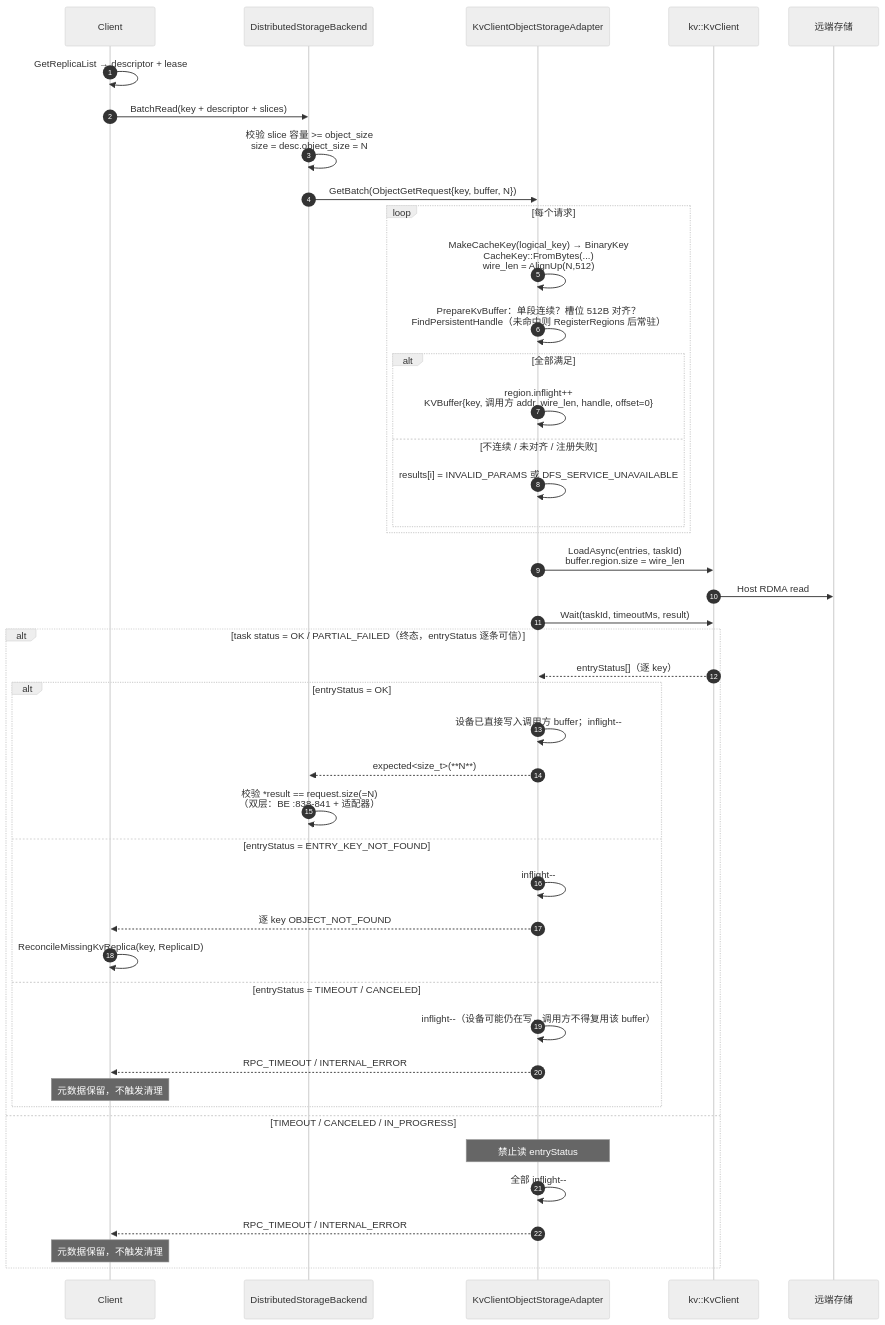
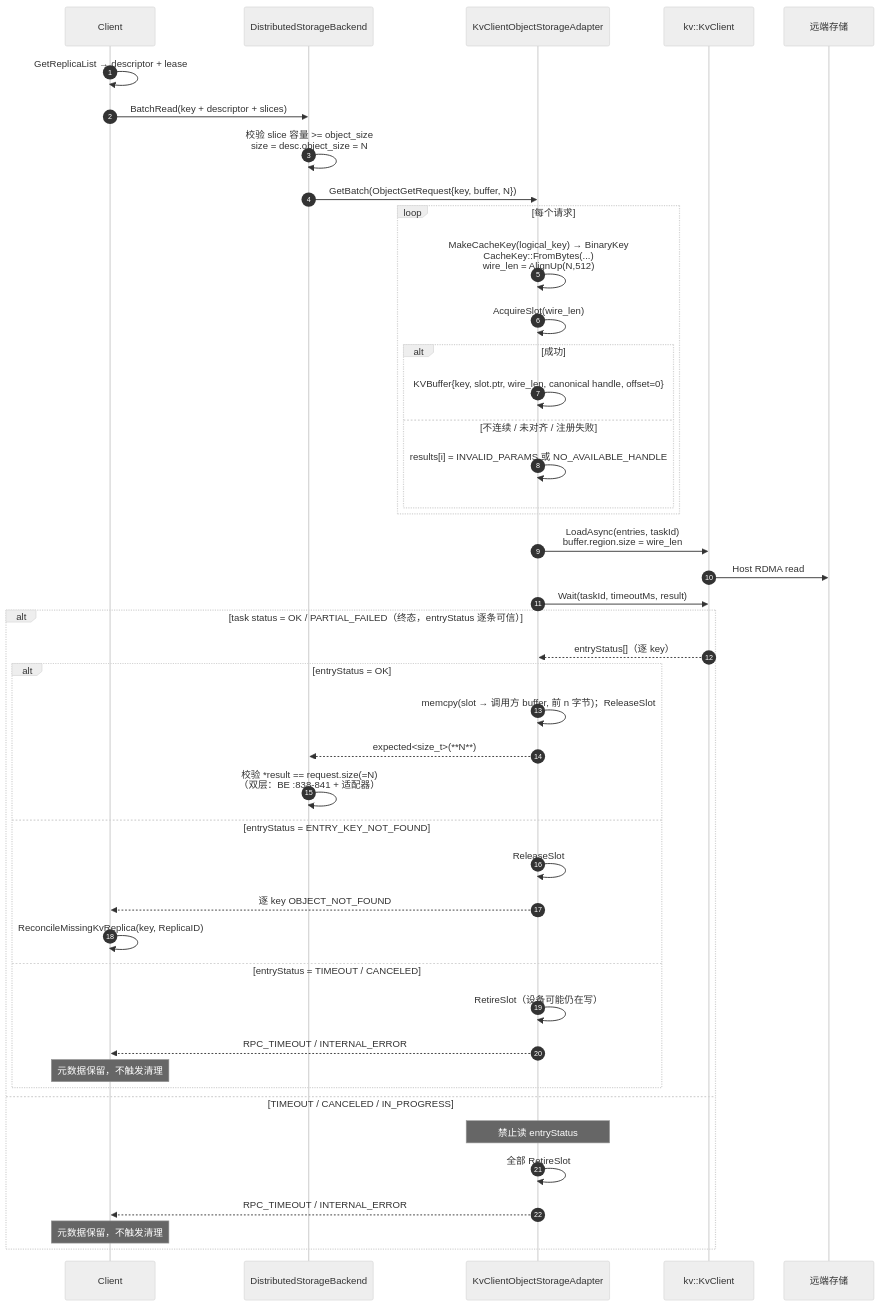
The tenth of 13 diagrams in Mooncake + KVClient L3 接入（Kvcs）- v3.md (zwj20000328-dotcom/Mooncake-documents), drawn with Mermaid (neutral theme) before and after one commit. The commit also changed other lines of this file, not shown here.

````diff
--- a/Mooncake + KVClient L3 接入（Kvcs）- v3.md
+++ b/Mooncake + KVClient L3 接入（Kvcs）- v3.md
@@ -634,47 +635,47 @@
 ```mermaid
 sequenceDiagram
     autonumber
     participant C as Client
     participant BE as DistributedStorageBackend
     participant AD as KvClientObjectStorageAdapter
     participant SDK as kv::KvClient
     participant S as 远端存储
 
     C->>C: GetReplicaList → descriptor + lease
     C->>BE: BatchRead(key + descriptor + slices)
     BE->>BE: 校验 slice 容量 >= object_size<br/>size = desc.object_size = N
     BE->>AD: GetBatch(ObjectGetRequest{key, buffer, N})
     loop 每个请求
         AD->>AD: MakeCacheKey(logical_key) → BinaryKey<br/>CacheKey::FromBytes(...)<br/>wire_len = AlignUp(N,512)
-        AD->>AD: PrepareKvBuffer：单段连续？槽位 512B 对齐？<br/>FindPersistentHandle（未命中则 RegisterRegions 后常驻）
-        alt 全部满足
-            AD->>AD: region.inflight++<br/>KVBuffer{key, 调用方 addr, wire_len, handle, offset=0}
+        AD->>AD: AcquireSlot(wire_len)
+        alt 成功
+            AD->>AD: KVBuffer{key, slot.ptr, wire_len, canonical handle, offset=0}
         else 不连续 / 未对齐 / 注册失败
-            AD->>AD: results[i] = INVALID_PARAMS 或 DFS_SERVICE_UNAVAILABLE
+            AD->>AD: results[i] = INVALID_PARAMS 或 NO_AVAILABLE_HANDLE
         end
     end
     AD->>SDK: LoadAsync(entries, taskId)<br/>buffer.region.size = wire_len
     SDK->>S: Host RDMA read
     AD->>SDK: Wait(taskId, timeoutMs, result)
     alt task status = OK / PARTIAL_FAILED（终态，entryStatus 逐条可信）
         SDK-->>AD: entryStatus[]（逐 key）
         alt entryStatus = OK
-            AD->>AD: 设备已直接写入调用方 buffer；inflight--
+            AD->>AD: memcpy(slot → 调用方 buffer, 前 n 字节)；ReleaseSlot
             AD-->>BE: expected<size_t>(**N**)
             BE->>BE: 校验 *result == request.size(=N)<br/>（双层：BE :838-841 + 适配器）
         else entryStatus = ENTRY_KEY_NOT_FOUND
-            AD->>AD: inflight--
+            AD->>AD: ReleaseSlot
             AD-->>C: 逐 key OBJECT_NOT_FOUND
             C->>C: ReconcileMissingKvReplica(key, ReplicaID)
         else entryStatus = TIMEOUT / CANCELED
-            AD->>AD: inflight--（设备可能仍在写，调用方不得复用该 buffer）
+            AD->>AD: RetireSlot（设备可能仍在写）
             AD-->>C: RPC_TIMEOUT / INTERNAL_ERROR
             Note over C: 元数据保留，不触发清理
         end
     else TIMEOUT / CANCELED / IN_PROGRESS
         Note over AD: 禁止读 entryStatus
-        AD->>AD: 全部 inflight--
+        AD->>AD: 全部 RetireSlot
         AD-->>C: RPC_TIMEOUT / INTERNAL_ERROR
         Note over C: 元数据保留，不触发清理
     end
 ```
````
